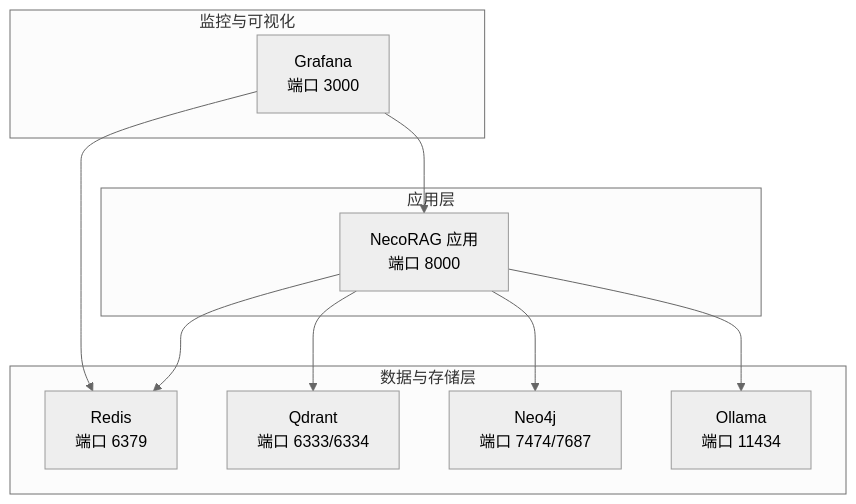
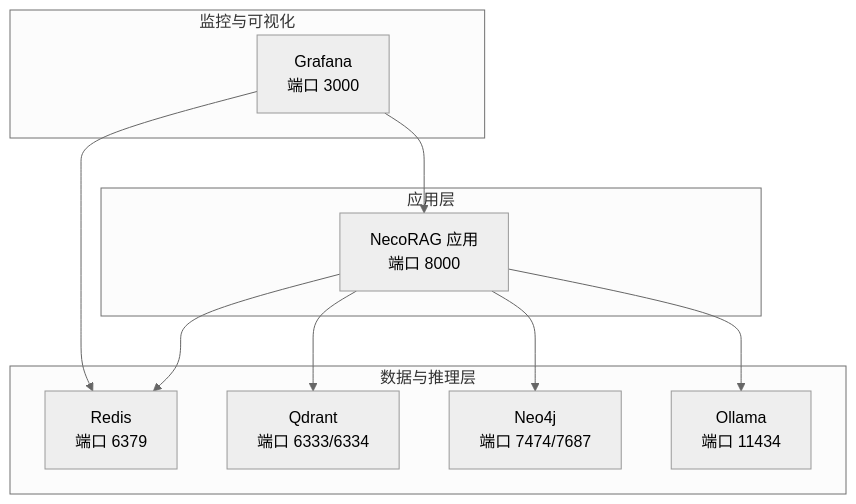
The second of 6 diagrams in .qoder/repowiki/zh/content/部署与运维/部署与运维.md (JieGaoPrinceton/NecoRAG), drawn with Mermaid (neutral theme) before and after one commit. The commit also changed other lines of this file and 181 other files, not shown here.

````diff
--- a/.qoder/repowiki/zh/content/部署与运维/部署与运维.md
+++ b/.qoder/repowiki/zh/content/部署与运维/部署与运维.md
@@ -129,21 +139,21 @@
 ```mermaid
 graph TB
 subgraph "应用层"
 APP["NecoRAG 应用<br/>端口 8000"]
 end
-subgraph "数据与存储层"
+subgraph "数据与推理层"
 REDIS["Redis<br/>端口 6379"]
 QDRANT["Qdrant<br/>端口 6333/6334"]
 NEO4J["Neo4j<br/>端口 7474/7687"]
 OLLAMA["Ollama<br/>端口 11434"]
 end
 subgraph "监控与可视化"
 GRAFANA["Grafana<br/>端口 3000"]
 end
 APP --> REDIS
 APP --> QDRANT
 APP --> NEO4J
 APP --> OLLAMA
 GRAFANA --> REDIS
 GRAFANA --> APP
 ```
````
